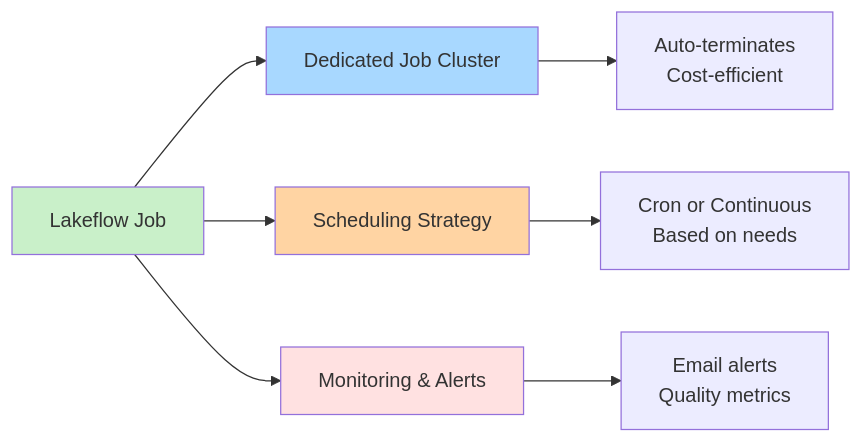
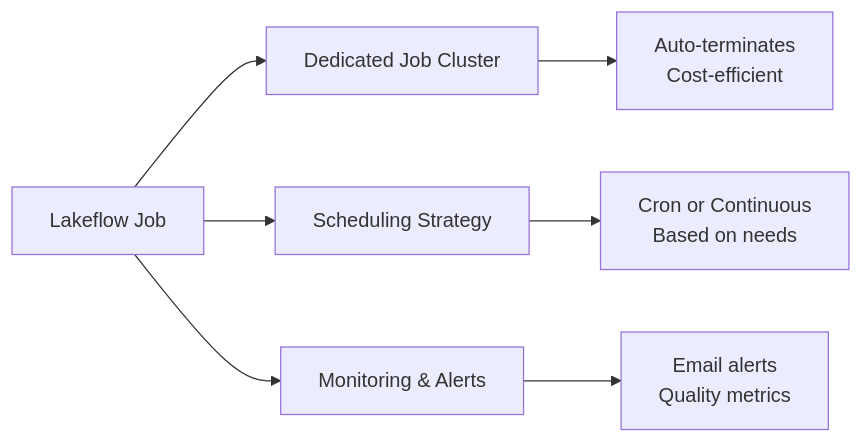
One commit to PlainsightPro/Vision-Playbook changed the seventh of 8 diagrams in Technical Guideline Ops/Databricks Best-Practices/Lakeflow ETL Guide.md. Above: the diagram before and after it, drawn with Mermaid. The commit also changed other lines of this file and 40 other files, not shown here.

````diff
--- a/Technical Guideline Ops/Databricks Best-Practices/Lakeflow ETL Guide.md
+++ b/Technical Guideline Ops/Databricks Best-Practices/Lakeflow ETL Guide.md
@@ -505,16 +490,12 @@
 ```mermaid
 %%{init: { "flowchart": { "useMaxWidth": true } } }%%
 flowchart LR
     A[Lakeflow Job] --> B[Dedicated Job Cluster]
     A --> C[Scheduling Strategy]
     A --> D[Monitoring & Alerts]
     
     B --> B1[Auto-terminates<br/>Cost-efficient]
     C --> C1[Cron or Continuous<br/>Based on needs]
     D --> D1[Email alerts<br/>Quality metrics]
     
-    style A fill:#c9f0c9
-    style B fill:#a8d8ff
-    style C fill:#ffd4a3
-    style D fill:#ffe1e1
 ```
````
